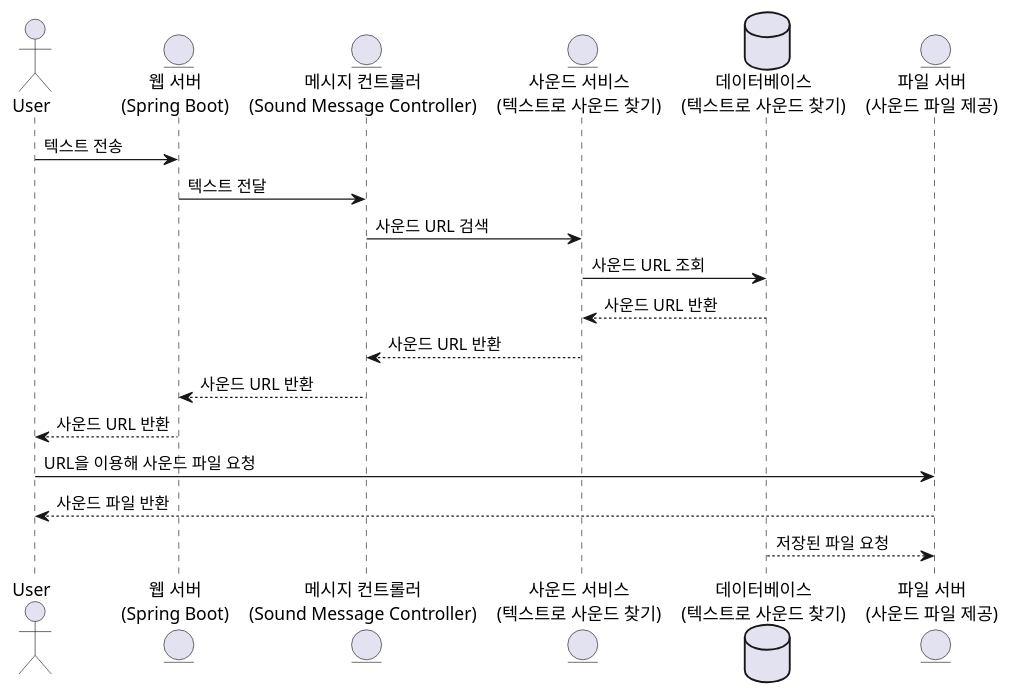
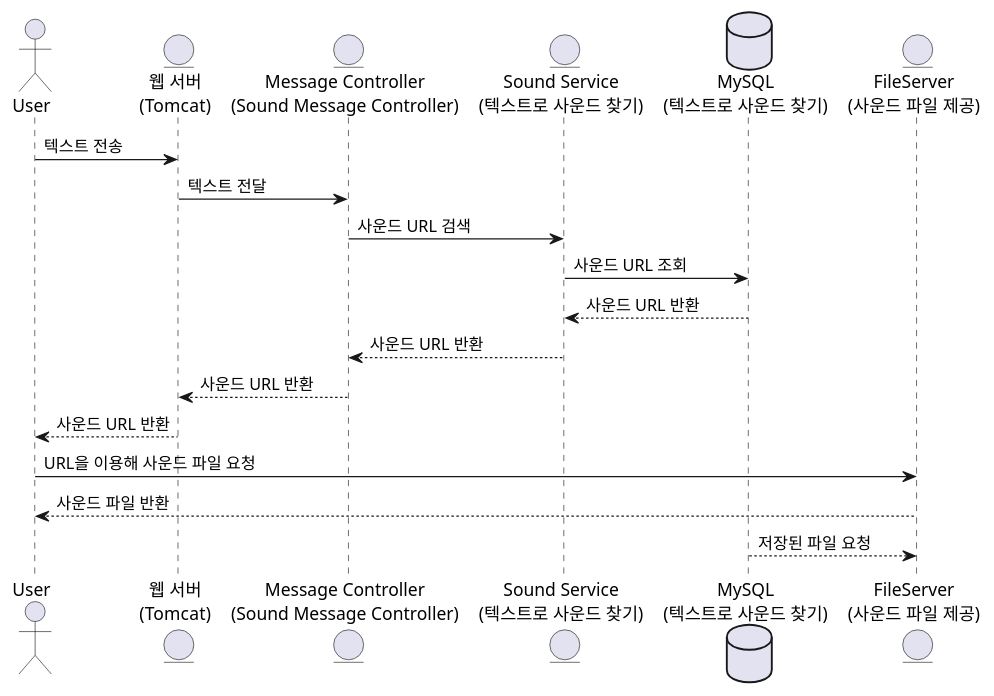
The diagram in major/수업/NHNAcademy/project.wsd (chchlee/self-study), drawn with PlantUML before and after one commit. The commit also changed 1 other file, not shown here.

```diff
--- a/major/수업/NHNAcademy/project.wsd
+++ b/major/수업/NHNAcademy/project.wsd
@@ -1,23 +1,23 @@
 @startuml
 
 actor 사용자 as "User"
-entity "웹 서버\n(Spring Boot)" as Server
-entity "메시지 컨트롤러\n(Sound Message Controller)" as Controller
-entity "사운드 서비스\n(텍스트로 사운드 찾기)" as Service
-database "데이터베이스\n(텍스트로 사운드 찾기)" as Database
-entity "파일 서버\n(사운드 파일 제공)" as FileServer
+entity "웹 서버\n(Tomcat)" as Server
+entity "Message Controller\n(Sound Message Controller)" as Controller
+entity "Sound Service\n(텍스트로 사운드 찾기)" as Service
+database "MySQL\n(텍스트로 사운드 찾기)" as Database
+entity "FileServer\n(사운드 파일 제공)" as FileServer
 
 사용자 -> Server: 텍스트 전송
 Server -> Controller: 텍스트 전달
 Controller -> Service: 사운드 URL 검색
 Service -> Database: 사운드 URL 조회
 Database --> Service: 사운드 URL 반환
 Service --> Controller: 사운드 URL 반환
 Controller --> Server: 사운드 URL 반환
 Server --> 사용자: 사운드 URL 반환
 
 사용자 -> FileServer: URL을 이용해 사운드 파일 요청
 FileServer --> 사용자: 사운드 파일 반환
 Database --> FileServer: 저장된 파일 요청
 
 @enduml
```
